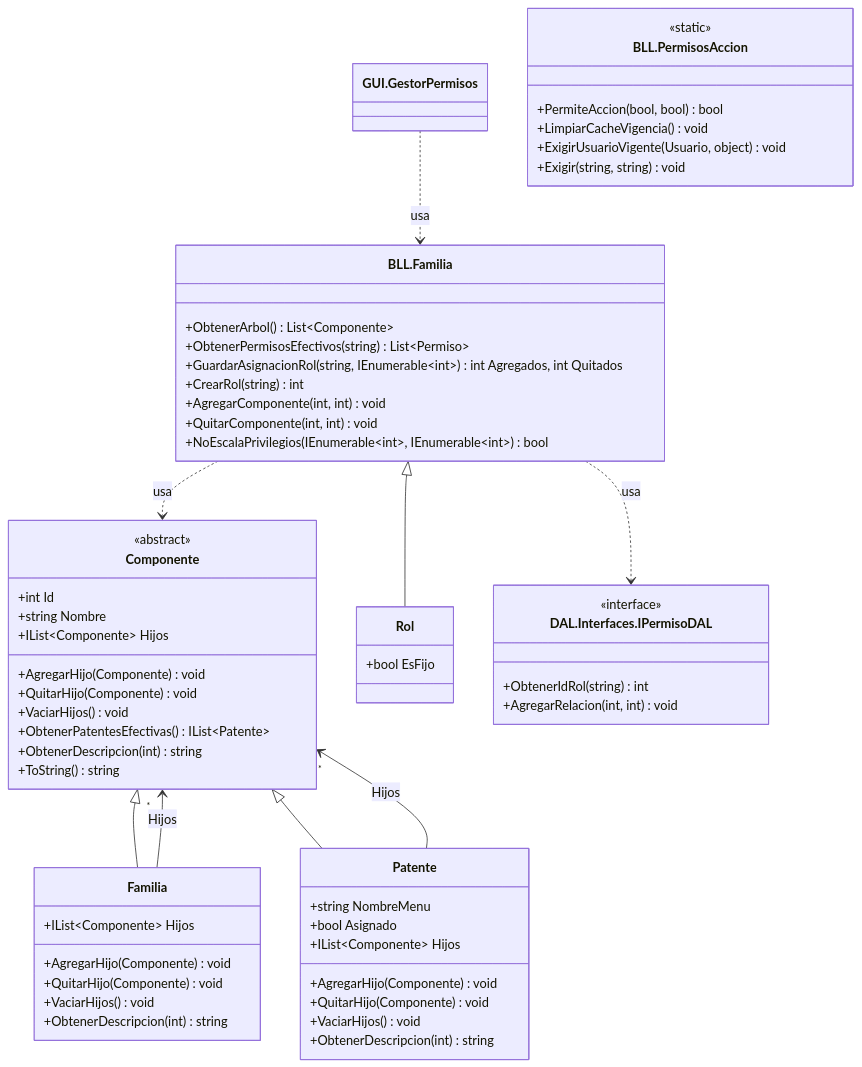
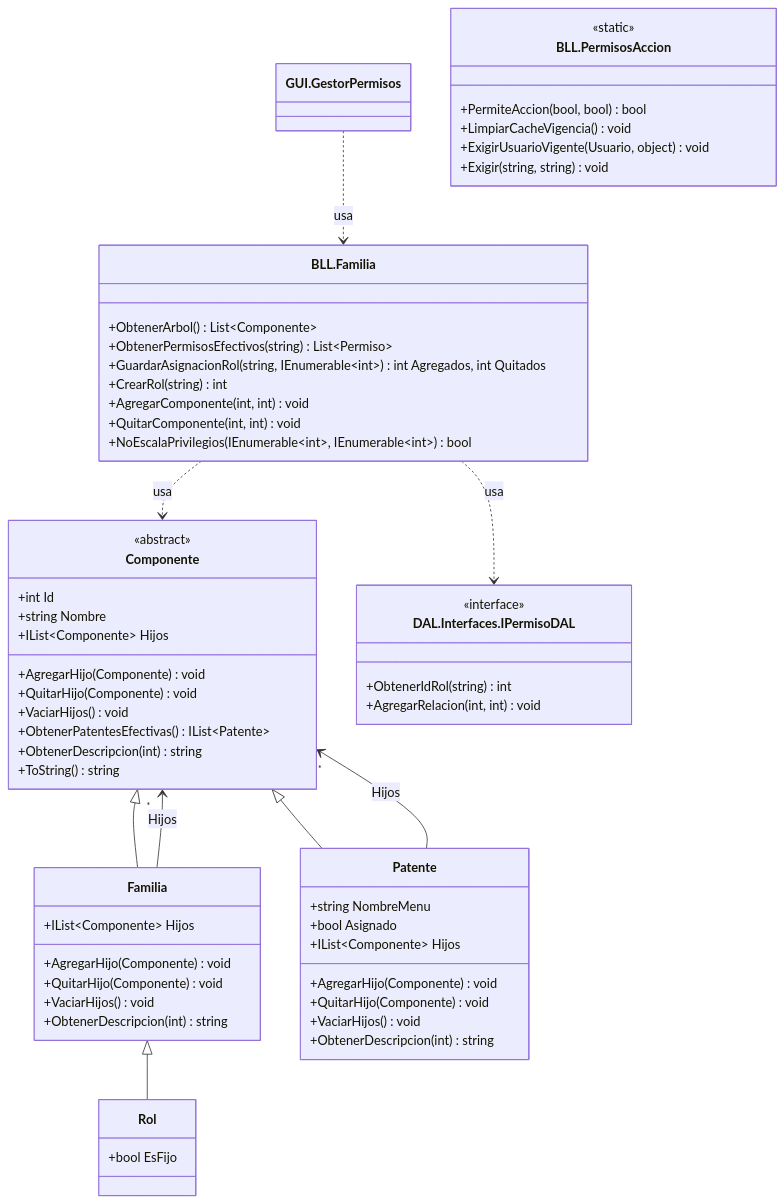
Before and after one commit to valentinamorana/Trabajo-de-Diploma: the diagram in docs/diagramas/mermaid/CLASES_T04_perfiles.mmd, drawn with Mermaid. The commit also changed 18 other files, not shown here.

```diff
--- a/docs/diagramas/mermaid/CLASES_T04_perfiles.mmd
+++ b/docs/diagramas/mermaid/CLASES_T04_perfiles.mmd
@@ -1,64 +1,64 @@
 classDiagram
   direction TB
   class GUI_GestorPermisos["GUI.GestorPermisos"] {
   }
   class BLL_Familia["BLL.Familia"] {
     +ObtenerArbol() List~Componente~
     +ObtenerPermisosEfectivos(string) List~Permiso~
     +GuardarAsignacionRol(string,  IEnumerable~int~) int Agregados, int Quitados
     +CrearRol(string) int
     +AgregarComponente(int,  int) void
     +QuitarComponente(int,  int) void
     +NoEscalaPrivilegios(IEnumerable~int~,  IEnumerable~int~) bool
   }
   class BLL_PermisosAccion["BLL.PermisosAccion"] {
     <<static>>
     +PermiteAccion(bool,  bool) bool
     +LimpiarCacheVigencia() void
     +ExigirUsuarioVigente(Usuario,  object) void
     +Exigir(string,  string) void
   }
   class Componente {
     <<abstract>>
     +int Id
     +string Nombre
     +IList~Componente~ Hijos
     +AgregarHijo(Componente) void
     +QuitarHijo(Componente) void
     +VaciarHijos() void
     +ObtenerPatentesEfectivas() IList~Patente~
     +ObtenerDescripcion(int) string
     +ToString() string
   }
   class Familia {
     +IList~Componente~ Hijos
     +AgregarHijo(Componente) void
     +QuitarHijo(Componente) void
     +VaciarHijos() void
     +ObtenerDescripcion(int) string
   }
   class Patente {
     +string NombreMenu
     +bool Asignado
     +IList~Componente~ Hijos
     +AgregarHijo(Componente) void
     +QuitarHijo(Componente) void
     +VaciarHijos() void
     +ObtenerDescripcion(int) string
   }
   class Rol {
     +bool EsFijo
   }
   class DAL_Interfaces_IPermisoDAL["DAL.Interfaces.IPermisoDAL"] {
     <<interface>>
     +ObtenerIdRol(string) int
     +AgregarRelacion(int,  int) void
   }
   BLL_Familia ..> DAL_Interfaces_IPermisoDAL : usa
   Componente <|-- Familia
   Familia --> "*" Componente : Hijos
   Componente <|-- Patente
   Patente --> "*" Componente : Hijos
-  BLL_Familia <|-- Rol
+  Familia <|-- Rol
   GUI_GestorPermisos ..> BLL_Familia : usa
   BLL_Familia ..> Componente : usa
```
